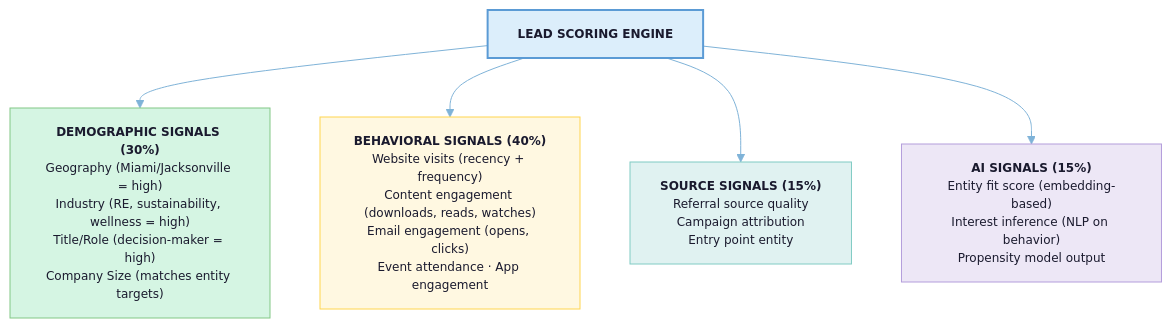
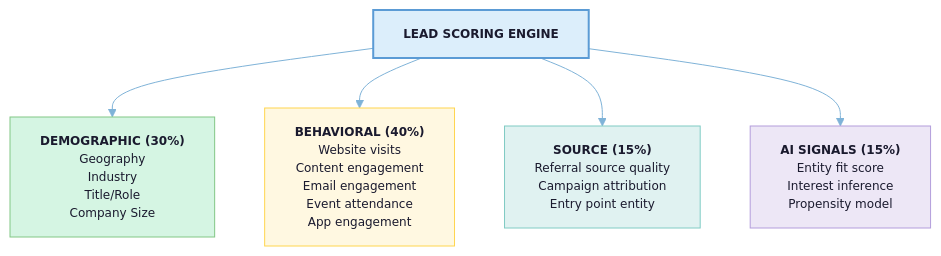
Diagram 15 of 30 in legal-vault/proposals/cho-ventures-master-project-plan-2026-02-25.md (Light-Brands/qie), drawn with Mermaid before and after one commit. The commit also changed other lines of this file, not shown here.

First line of the commit message:
Fix Mermaid diagram text overflow: break long node labels into shorter lines

````diff
--- a/legal-vault/proposals/cho-ventures-master-project-plan-2026-02-25.md
+++ b/legal-vault/proposals/cho-ventures-master-project-plan-2026-02-25.md
@@ -1171,24 +1171,24 @@
 ```mermaid
 %%{init: {'theme': 'base', 'themeVariables': {'primaryColor': '#DCEEFB', 'primaryTextColor': '#1a1a2e', 'lineColor': '#7FB3D8', 'fontSize': '12px'}}}%%
 flowchart TB
     classDef header fill:#DCEEFB,stroke:#5B9BD5,color:#1a1a2e,stroke-width:2px
     classDef demo fill:#D5F5E3,stroke:#82C785,color:#1a1a2e
     classDef behavior fill:#FFF8E1,stroke:#FFD54F,color:#1a1a2e
     classDef source fill:#E0F2F1,stroke:#80CBC4,color:#1a1a2e
     classDef ai fill:#EDE7F6,stroke:#B39DDB,color:#1a1a2e
 
     ENGINE["<b>LEAD SCORING ENGINE</b>"]:::header
 
-    DEMO["<b>DEMOGRAPHIC SIGNALS (30%)</b><br/>Geography (Miami/Jacksonville = high)<br/>Industry (RE, sustainability, wellness = high)<br/>Title/Role (decision-maker = high)<br/>Company Size (matches entity targets)"]:::demo
+    DEMO["<b>DEMOGRAPHIC (30%)</b><br/>Geography<br/>Industry<br/>Title/Role<br/>Company Size"]:::demo
 
-    BEHAV["<b>BEHAVIORAL SIGNALS (40%)</b><br/>Website visits (recency + frequency)<br/>Content engagement (downloads, reads, watches)<br/>Email engagement (opens, clicks)<br/>Event attendance · App engagement"]:::behavior
+    BEHAV["<b>BEHAVIORAL (40%)</b><br/>Website visits<br/>Content engagement<br/>Email engagement<br/>Event attendance<br/>App engagement"]:::behavior
 
-    SRC["<b>SOURCE SIGNALS (15%)</b><br/>Referral source quality<br/>Campaign attribution<br/>Entry point entity"]:::source
+    SRC["<b>SOURCE (15%)</b><br/>Referral source quality<br/>Campaign attribution<br/>Entry point entity"]:::source
 
-    AISIG["<b>AI SIGNALS (15%)</b><br/>Entity fit score (embedding-based)<br/>Interest inference (NLP on behavior)<br/>Propensity model output"]:::ai
+    AISIG["<b>AI SIGNALS (15%)</b><br/>Entity fit score<br/>Interest inference<br/>Propensity model"]:::ai
 
     ENGINE --> DEMO
     ENGINE --> BEHAV
     ENGINE --> SRC
     ENGINE --> AISIG
 ```
````
